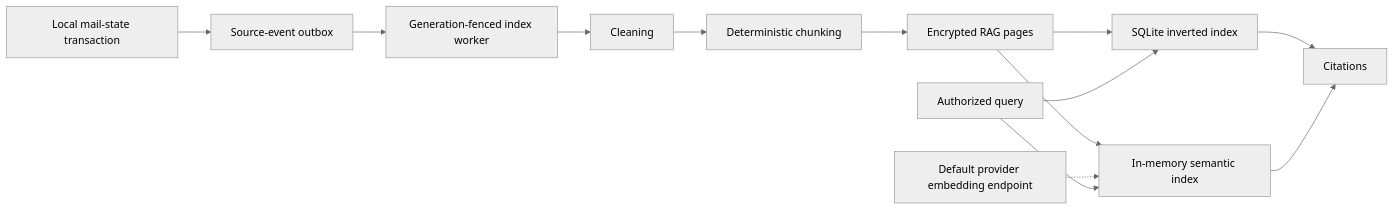
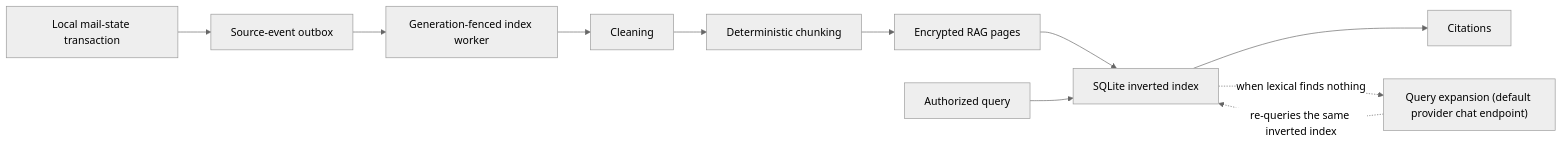
Before and after one commit to QinIndexCode/nami-mail: the diagram in docs/rag/architecture.en.md, drawn with Mermaid (neutral theme). The commit also changed other lines of this file and 395 other files, not shown here.

````diff
--- a/docs/rag/architecture.en.md
+++ b/docs/rag/architecture.en.md
@@ -11,15 +11,13 @@
 ```mermaid
 flowchart LR
   Mail["Local mail-state transaction"] --> Outbox["Source-event outbox"]
   Outbox --> Worker["Generation-fenced index worker"]
   Worker --> Clean["Cleaning"]
   Clean --> Chunk["Deterministic chunking"]
   Chunk --> Pages["Encrypted RAG pages"]
   Pages --> Lexical["SQLite inverted index"]
-  Pages --> Semantic["In-memory semantic index"]
-  Embed["Default provider embedding endpoint"] -.-> Semantic
   Query["Authorized query"] --> Lexical
-  Query --> Semantic
   Lexical --> Cite["Citations"]
-  Semantic --> Cite
+  Lexical -.->|"when lexical finds nothing"| Expand["Query expansion (default provider chat endpoint)"]
+  Expand -.->|"re-queries the same inverted index"| Lexical
 ```
````
